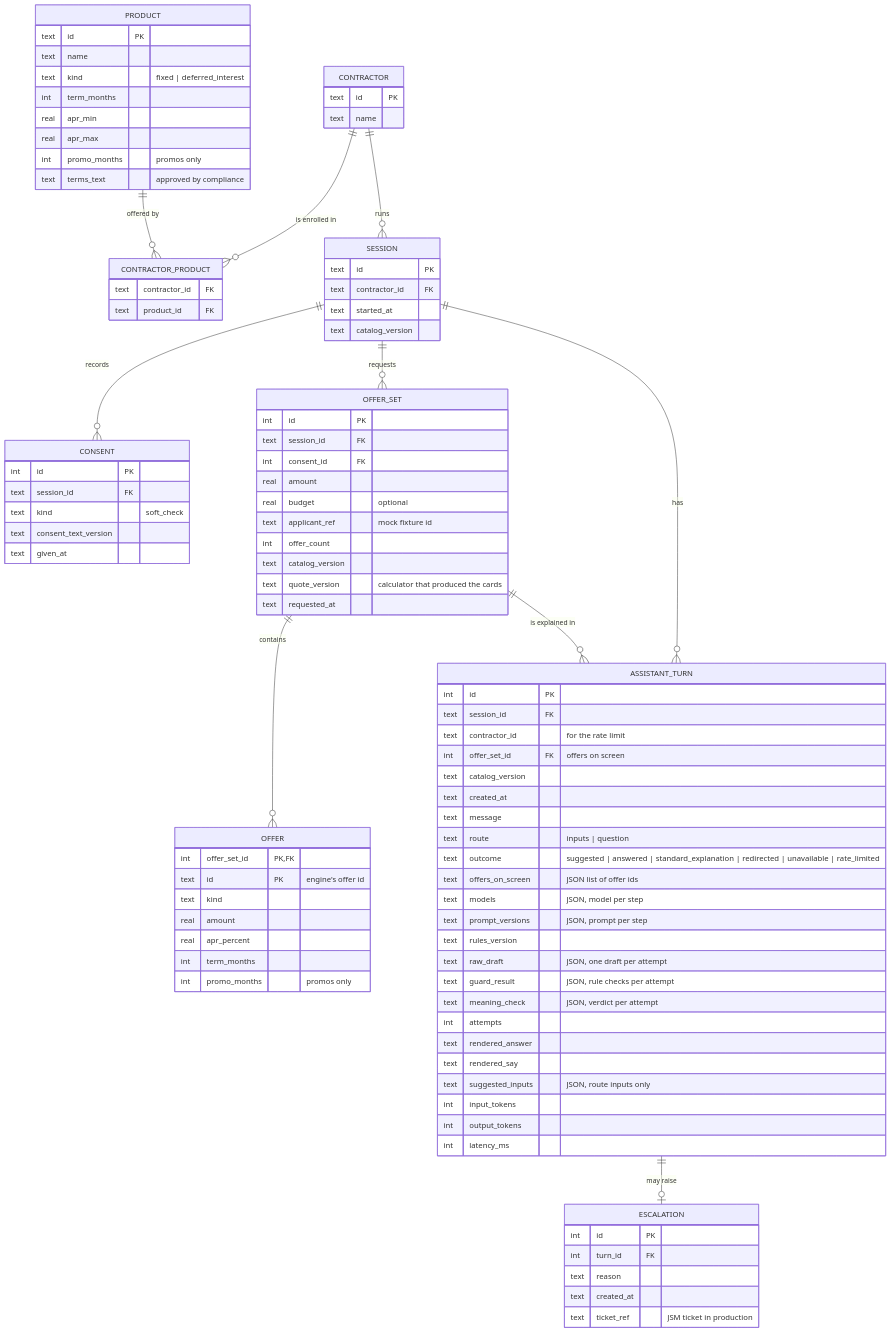
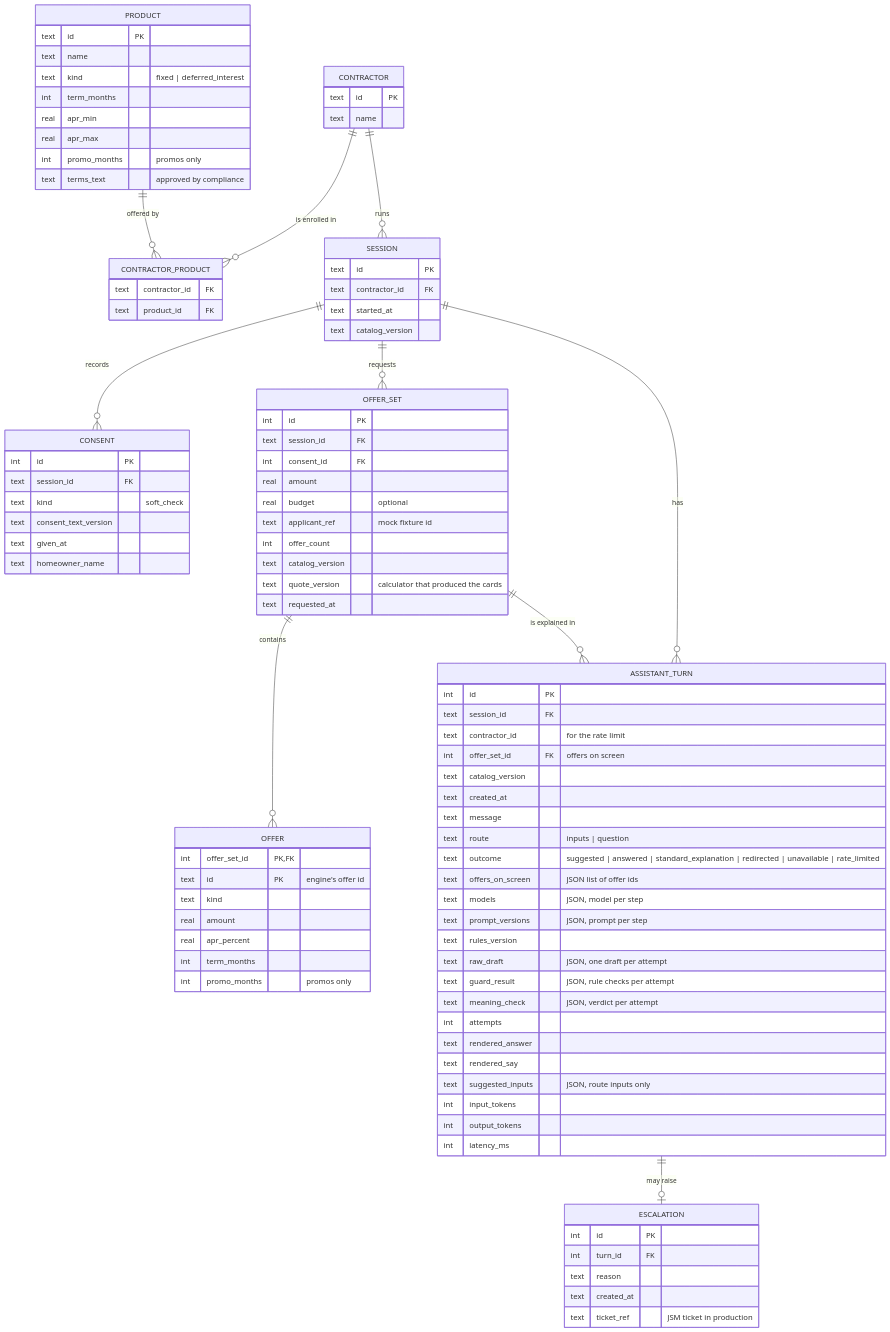
The diagram in docs/data-model.md (debudash/loanapp-contractorassist), drawn with Mermaid before and after one commit. The commit also changed other lines of this file and 37 other files, not shown here.

```diff
--- a/docs/data-model.md
+++ b/docs/data-model.md
@@ -51,6 +51,7 @@
     text kind "soft_check"
     text consent_text_version
     text given_at
+    text homeowner_name
   }
   OFFER_SET {
     int id PK
```
